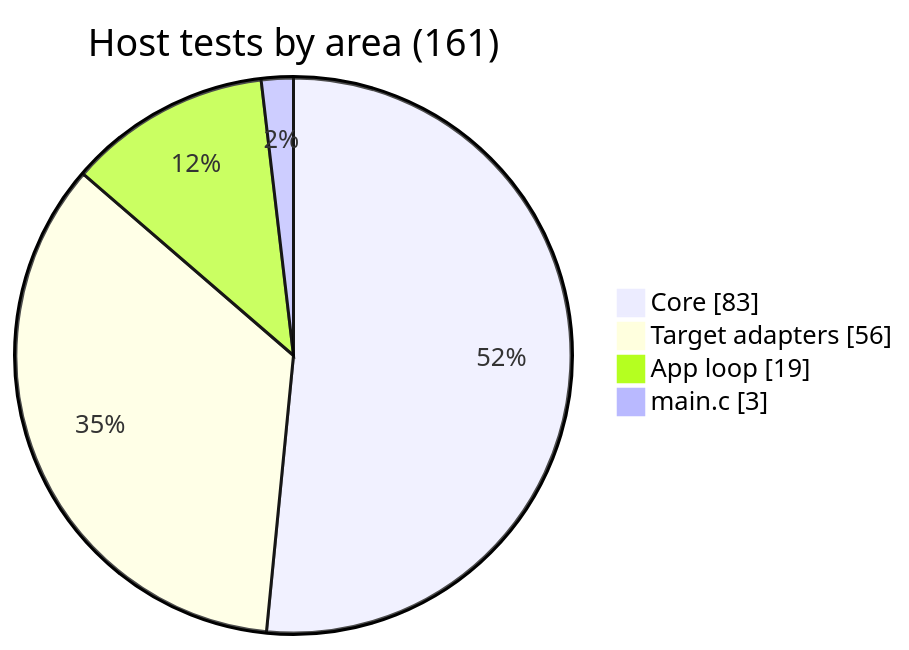
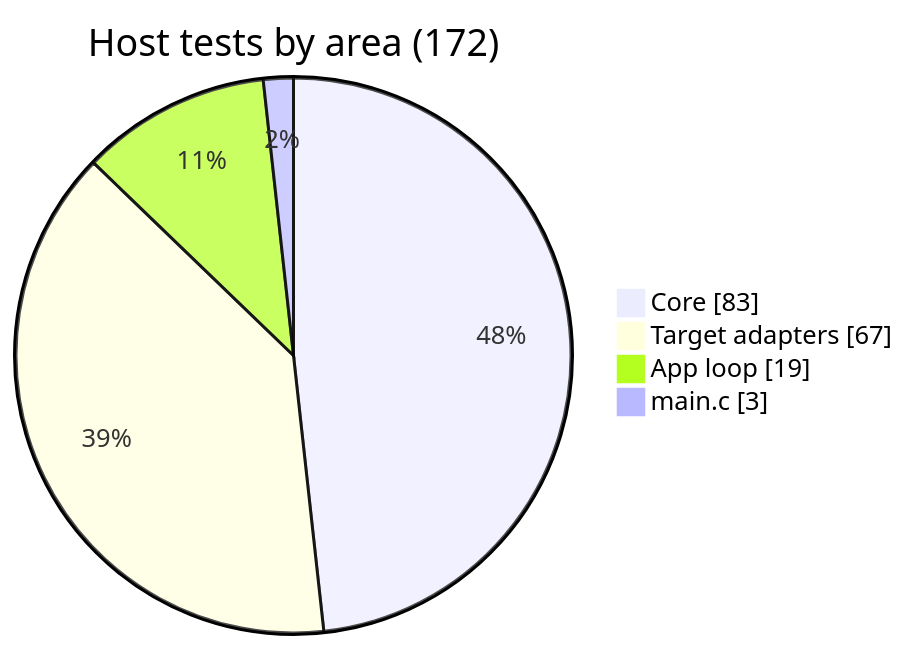
Diagram 16 of 19 in docs/ARCHITECTURE.md (BonelessPig/nano_sequencer), drawn with Mermaid before and after one commit. The commit also changed other lines of this file and 26 other files, not shown here.

````diff
--- a/docs/ARCHITECTURE.md
+++ b/docs/ARCHITECTURE.md
@@ -564,8 +584,8 @@
 ```mermaid
 pie showData
-    title Host tests by area (161)
+    title Host tests by area (172)
     "Core" : 83
-    "Target adapters" : 56
+    "Target adapters" : 67
     "App loop" : 19
     "main.c" : 3
 ```
````
